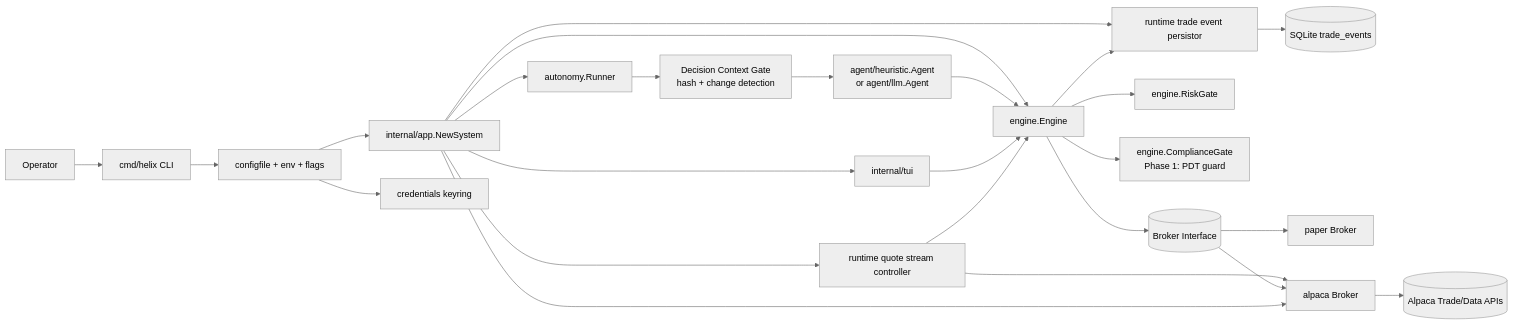
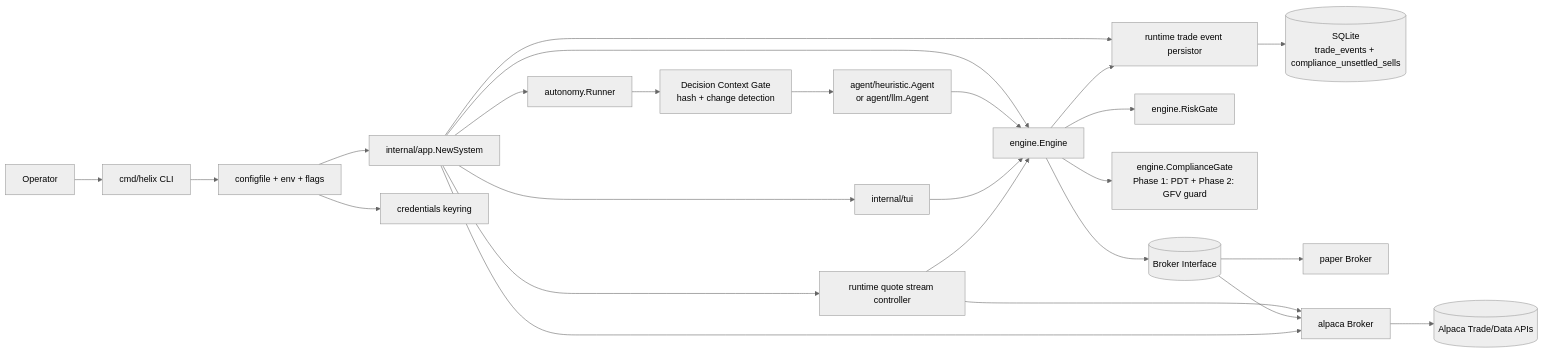
One commit to nerdstep/helix-tui changed the first of 6 diagrams in docs/architecture.md. Above: the diagram before and after it, drawn with Mermaid (neutral theme). The commit also changed 21 other files, not shown here.

Commit message:
compliance phase 2

````diff
--- a/docs/architecture.md
+++ b/docs/architecture.md
@@ -5,47 +5,47 @@
 ```mermaid
 flowchart LR
     U[Operator]
     CLI[cmd/helix CLI]
     CFG[configfile + env + flags]
     APP[internal/app.NewSystem]
     TUI[internal/tui]
     RUNNER[autonomy.Runner]
     CTX[Decision Context Gate<br/>hash + change detection]
     QSC[runtime quote stream controller]
     AGENT[agent/heuristic.Agent<br/>or agent/llm.Agent]
     ENGINE[engine.Engine]
-    EVTDB[(SQLite trade_events)]
+    EVTDB[(SQLite<br/>trade_events + compliance_unsettled_sells)]
     EVTSINK[runtime trade event persistor]
     RISK[engine.RiskGate]
-    COMPLIANCE[engine.ComplianceGate<br/>Phase 1: PDT guard]
+    COMPLIANCE[engine.ComplianceGate<br/>Phase 1: PDT + Phase 2: GFV guard]
     KEYRING[credentials keyring]
     AB[(Broker Interface)]
     PBRK[paper Broker]
     ABRK[alpaca Broker]
     ALPACA[(Alpaca Trade/Data APIs)]
 
     U --> CLI
     CLI --> CFG
     CFG --> APP
     CFG --> KEYRING
     APP --> ENGINE
     APP --> TUI
     APP --> RUNNER
     APP --> QSC
     APP --> EVTSINK
     RUNNER --> CTX
     CTX --> AGENT
     AGENT --> ENGINE
     TUI --> ENGINE
     QSC --> ENGINE
     QSC --> ABRK
     ENGINE --> RISK
     ENGINE --> COMPLIANCE
     ENGINE --> EVTSINK
     EVTSINK --> EVTDB
     ENGINE --> AB
     AB --> PBRK
     AB --> ABRK
     ABRK --> ALPACA
     APP --> ABRK
 ```
````
